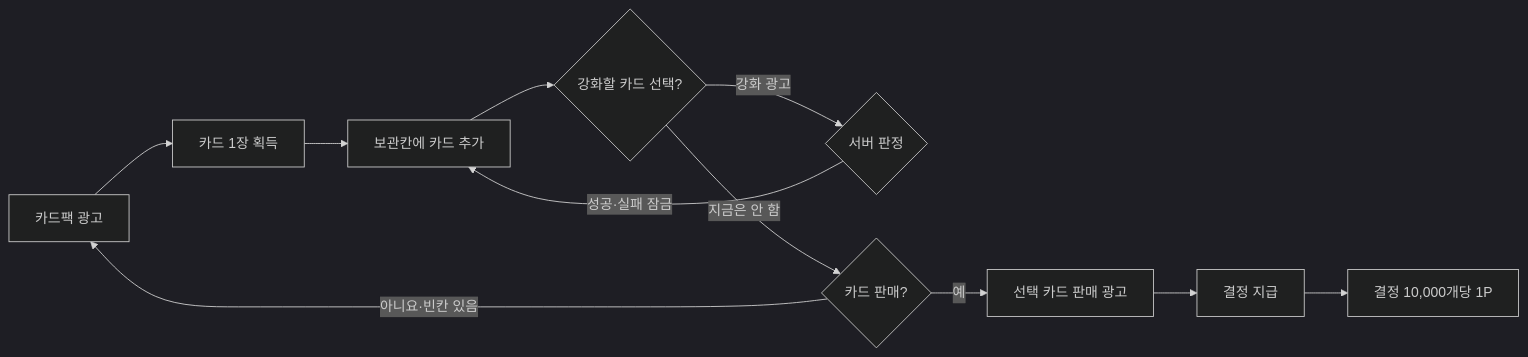
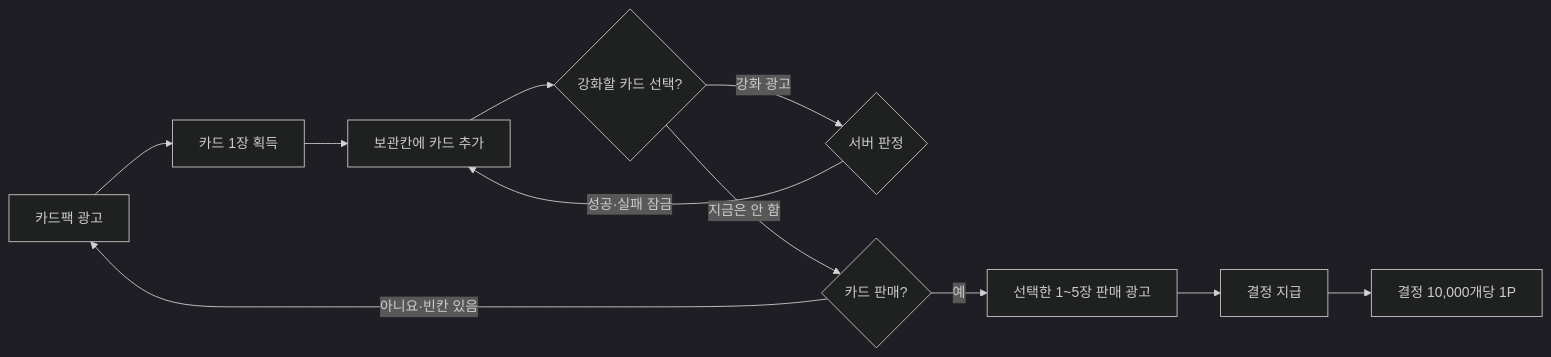
One commit to 9barcode/card-forge changed the diagram in public/docs/GAME_DESIGN.md. Above: the diagram before and after it, drawn with Mermaid (dark theme). The commit also changed other lines of this file and 3 other files, not shown here.

````diff
--- a/public/docs/GAME_DESIGN.md
+++ b/public/docs/GAME_DESIGN.md
@@ -20,13 +20,13 @@
 ```mermaid
 flowchart LR
     A[카드팩 광고] --> B[카드 1장 획득]
     B --> C[보관칸에 카드 추가]
     C --> D{강화할 카드 선택?}
     D -->|강화 광고| E{서버 판정}
     E -->|성공·실패 잠금| C
     D -->|지금은 안 함| F{카드 판매?}
     F -->|아니요·빈칸 있음| A
-    F -->|예| H[선택 카드 판매 광고]
+    F -->|예| H[선택한 1~5장 판매 광고]
     H --> I[결정 지급]
     I --> J[결정 10,000개당 1P]
 ```
````
